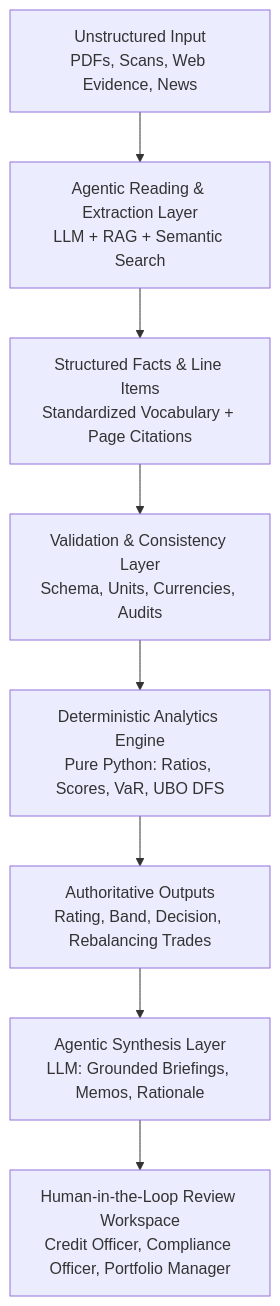
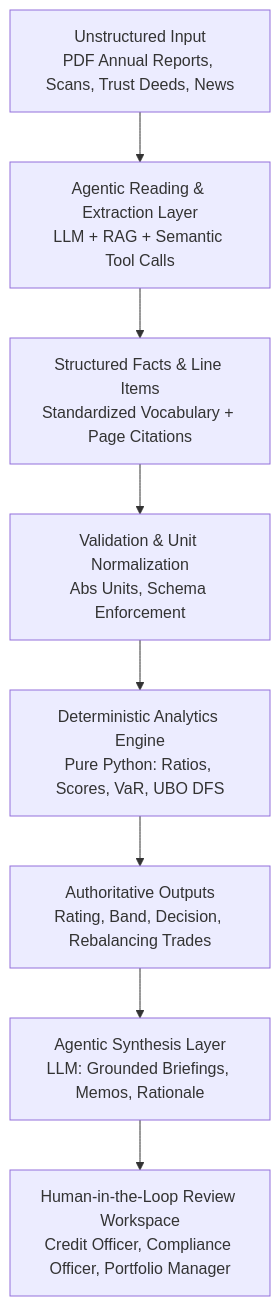
Before and after one commit to GSaiDheeraj/Finance-and-Banking-AI-Usecases: the first of 10 diagrams in AI_FOR_FINANCE_AND_BANKING_BOOK.md, drawn with Mermaid. The commit also changed other lines of this file, not shown here.

````diff
--- a/AI_FOR_FINANCE_AND_BANKING_BOOK.md
+++ b/AI_FOR_FINANCE_AND_BANKING_BOOK.md
@@ -93,10 +44,10 @@
 ```mermaid
 flowchart TD
-    UnstructuredInput[Unstructured Input\nPDFs, Scans, Web Evidence, News] --> AgenticLayer[Agentic Reading & Extraction Layer\nLLM + RAG + Semantic Search]
+    UnstructuredInput[Unstructured Input\nPDF Annual Reports, Scans, Trust Deeds, News] --> AgenticLayer[Agentic Reading & Extraction Layer\nLLM + RAG + Semantic Tool Calls]
     AgenticLayer --> StructuredFacts[Structured Facts & Line Items\nStandardized Vocabulary + Page Citations]
-    StructuredFacts --> ValidationLayer[Validation & Consistency Layer\nSchema, Units, Currencies, Audits]
+    StructuredFacts --> ValidationLayer[Validation & Unit Normalization\nAbs Units, Schema Enforcement]
     ValidationLayer --> DeterministicEngine[Deterministic Analytics Engine\nPure Python: Ratios, Scores, VaR, UBO DFS]
     DeterministicEngine --> ScorecardOutputs[Authoritative Outputs\nRating, Band, Decision, Rebalancing Trades]
     ScorecardOutputs --> AgenticNarrative[Agentic Synthesis Layer\nLLM: Grounded Briefings, Memos, Rationale]
     AgenticNarrative --> HumanReview[Human-in-the-Loop Review Workspace\nCredit Officer, Compliance Officer, Portfolio Manager]
 ```
````
